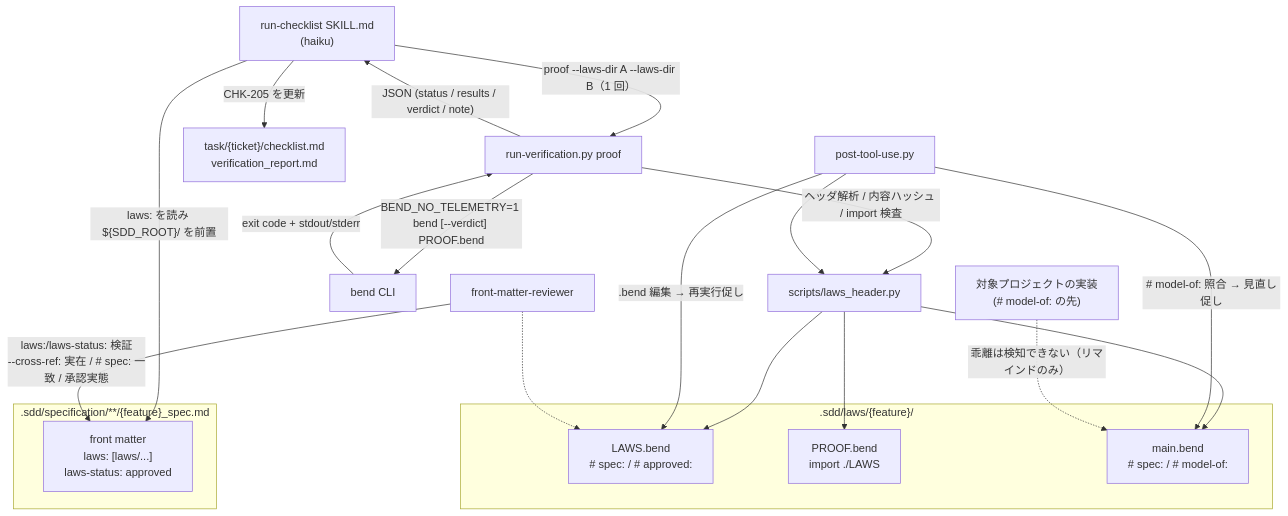
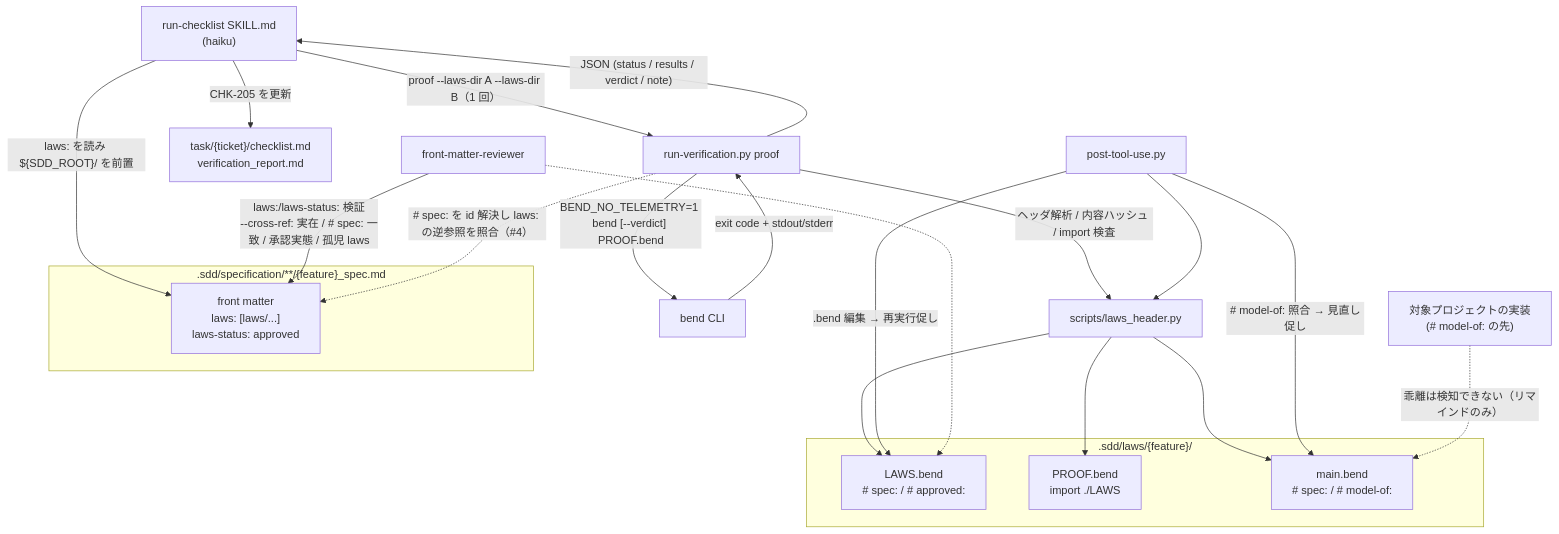
Before and after one commit to ToshikiImagawa/ai-sdd-workflow-dev: the first of 2 diagrams in .sdd/task/149/design-draft.md, drawn with Mermaid. The commit also changed other lines of this file and 3 other files, not shown here.

````diff
--- a/.sdd/task/149/design-draft.md
+++ b/.sdd/task/149/design-draft.md
@@ -90,27 +92,28 @@
 ```mermaid
 graph TD
     subgraph Spec[".sdd/specification/**/{feature}_spec.md"]
         FM["front matter<br/>laws: [laws/...]<br/>laws-status: approved"]
     end
     subgraph Laws[".sdd/laws/{feature}/"]
         L["LAWS.bend<br/># spec: / # approved:"]
         P["PROOF.bend<br/>import ./LAWS"]
         M["main.bend<br/># spec: / # model-of:"]
     end
     Skill["run-checklist SKILL.md<br/>(haiku)"] -->|"laws: を読み ${SDD_ROOT}/ を前置"| FM
     Skill -->|"proof --laws-dir A --laws-dir B（1 回）"| RV["run-verification.py proof"]
     RV -->|"ヘッダ解析 / 内容ハッシュ / import 検査"| LH["scripts/laws_header.py"]
     LH --> L
     LH --> P
     LH --> M
     RV -->|"BEND_NO_TELEMETRY=1 bend [--verdict] PROOF.bend"| Bend["bend CLI"]
     Bend -->|"exit code + stdout/stderr"| RV
     RV -->|"JSON (status / results / verdict / note)"| Skill
     Skill -->|"CHK-205 を更新"| CL["task/{ticket}/checklist.md<br/>verification_report.md"]
     Hook["post-tool-use.py"] -->|".bend 編集 → 再実行促し"| L
     Hook -->|"# model-of: 照合 → 見直し促し"| M
     Hook --> LH
-    FMR["front-matter-reviewer"] -->|"laws:/laws-status: 検証<br/>--cross-ref: 実在 / # spec: 一致 / 承認実態"| FM
+    FMR["front-matter-reviewer"] -->|"laws:/laws-status: 検証<br/>--cross-ref: 実在 / # spec: 一致 / 承認実態 / 孤児 laws"| FM
+    RV -.->|"# spec: を id 解決し laws: の逆参照を照合（#4）"| FM
     FMR -.-> L
     Impl["対象プロジェクトの実装<br/>(# model-of: の先)"] -. "乖離は検知できない（リマインドのみ）" .-> M
 ```
````
